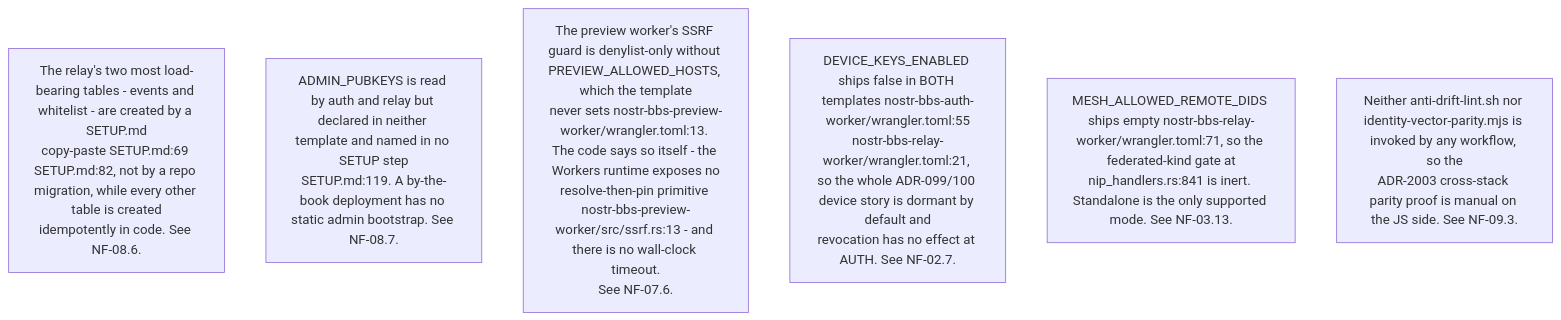
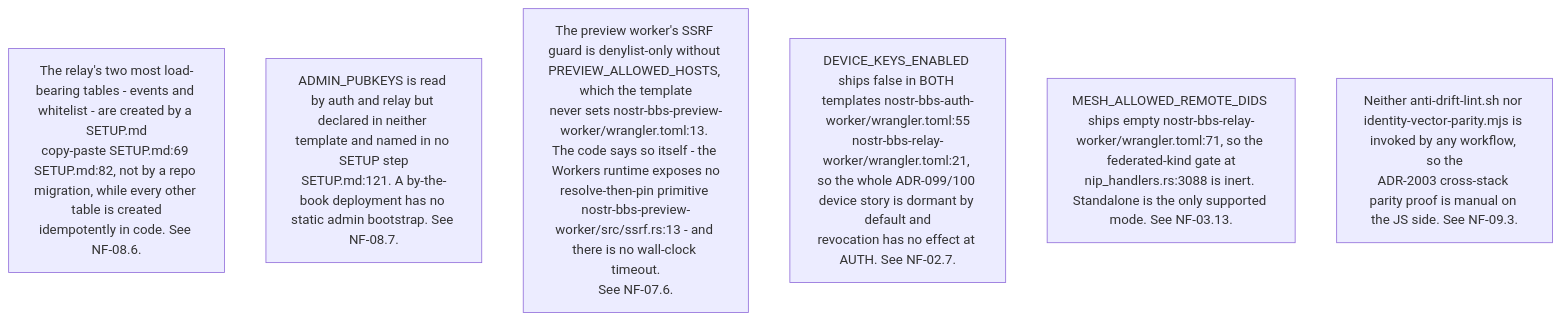
The sixth of 10 diagrams in docs/diagrams/nostr-rust-forum/10-invariants-and-anomaly-register.md (DreamLab-AI/VisionFlow), drawn with Mermaid before and after one commit. The commit also changed other lines of this file and 136 other files, not shown here.

First line of the commit message:
docs(diagrams): refresh the whole corpus to code HEAD and prune low-value diagrams

````diff
--- a/docs/diagrams/nostr-rust-forum/10-invariants-and-anomaly-register.md
+++ b/docs/diagrams/nostr-rust-forum/10-invariants-and-anomaly-register.md
@@ -145,9 +132,9 @@
 ```mermaid
 flowchart TB
     S1["The relay's two most load-bearing tables - events and whitelist - are created by a SETUP.md<br/>copy-paste SETUP.md:69 SETUP.md:82, not by a repo migration, while every other table is created<br/>idempotently in code. See NF-08.6."]
-    S2["ADMIN_PUBKEYS is read by auth and relay but declared in neither template and named in no SETUP step<br/>SETUP.md:119. A by-the-book deployment has no static admin bootstrap. See NF-08.7."]
+    S2["ADMIN_PUBKEYS is read by auth and relay but declared in neither template and named in no SETUP step<br/>SETUP.md:121. A by-the-book deployment has no static admin bootstrap. See NF-08.7."]
     S3["The preview worker's SSRF guard is denylist-only without PREVIEW_ALLOWED_HOSTS, which the template<br/>never sets nostr-bbs-preview-worker/wrangler.toml:13. The code says so itself - the Workers runtime exposes no<br/>resolve-then-pin primitive nostr-bbs-preview-worker/src/ssrf.rs:13 - and there is no wall-clock timeout.<br/>See NF-07.6."]
     S4["DEVICE_KEYS_ENABLED ships false in BOTH templates nostr-bbs-auth-worker/wrangler.toml:55<br/>nostr-bbs-relay-worker/wrangler.toml:21, so the whole ADR-099/100 device story is dormant by default and<br/>revocation has no effect at AUTH. See NF-02.7."]
-    S5["MESH_ALLOWED_REMOTE_DIDS ships empty nostr-bbs-relay-worker/wrangler.toml:71, so the federated-kind gate at<br/>nip_handlers.rs:841 is inert. Standalone is the only supported mode. See NF-03.13."]
+    S5["MESH_ALLOWED_REMOTE_DIDS ships empty nostr-bbs-relay-worker/wrangler.toml:71, so the federated-kind gate at<br/>nip_handlers.rs:3088 is inert. Standalone is the only supported mode. See NF-03.13."]
     S6["Neither anti-drift-lint.sh nor identity-vector-parity.mjs is invoked by any workflow, so the<br/>ADR-2003 cross-stack parity proof is manual on the JS side. See NF-09.3."]
 ```
````
